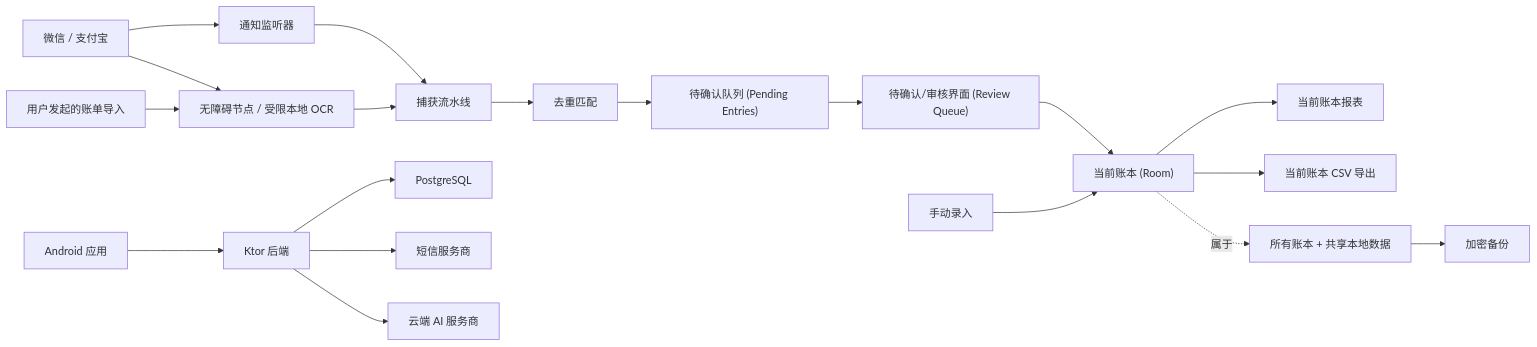
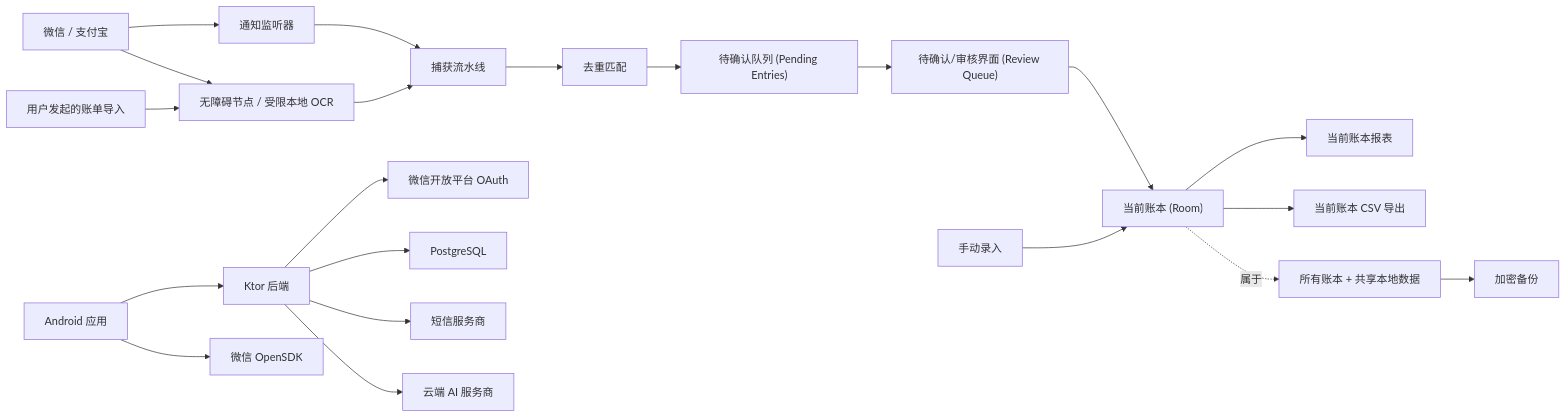
Before and after one commit to arfa069/auto-accounting: the diagram in docs/ARCHITECTURE.md, drawn with Mermaid. The commit also changed other lines of this file and 50 other files, not shown here.

Commit message:
feat: complete WeChat account identity flows

````diff
--- a/docs/ARCHITECTURE.md
+++ b/docs/ARCHITECTURE.md
@@ -9,21 +9,23 @@
 ```mermaid
 flowchart LR
   WeChat["微信 / 支付宝"] --> Notify["通知监听器"]
   WeChat --> A11y["无障碍节点 / 受限本地 OCR"]
   Import["用户发起的账单导入"] --> A11y
   Notify --> Capture["捕获流水线"]
   A11y --> Capture
   Capture --> Dedupe["去重匹配"]
   Dedupe --> Pending["待确认队列 (Pending Entries)"]
   Pending --> Review["待确认/审核界面 (Review Queue)"]
   Review --> Ledger["当前账本 (Room)"]
   Manual["手动录入"] --> Ledger
   Ledger --> Reports["当前账本报表"]
   Ledger --> CSV["当前账本 CSV 导出"]
   Books["所有账本 + 共享本地数据"] --> Backup["加密备份"]
   Ledger -. "属于" .-> Books
   App["Android 应用"] --> Backend["Ktor 后端"]
+  App --> WechatSdk["微信 OpenSDK"]
+  Backend --> WechatOauth["微信开放平台 OAuth"]
   Backend --> PG["PostgreSQL"]
   Backend --> SMS["短信服务商"]
   Backend --> AI["云端 AI 服务商"]
 ```
````
